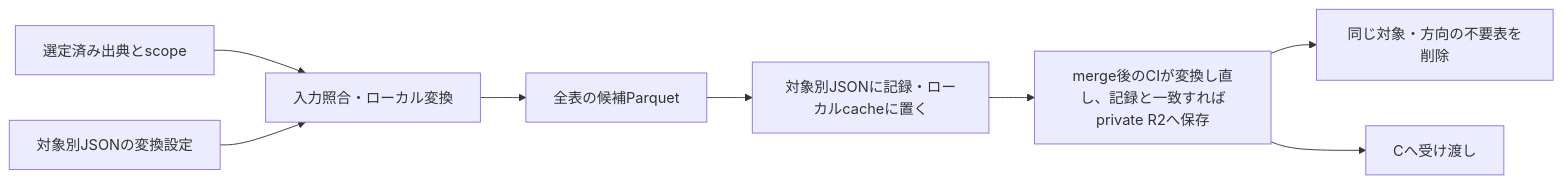
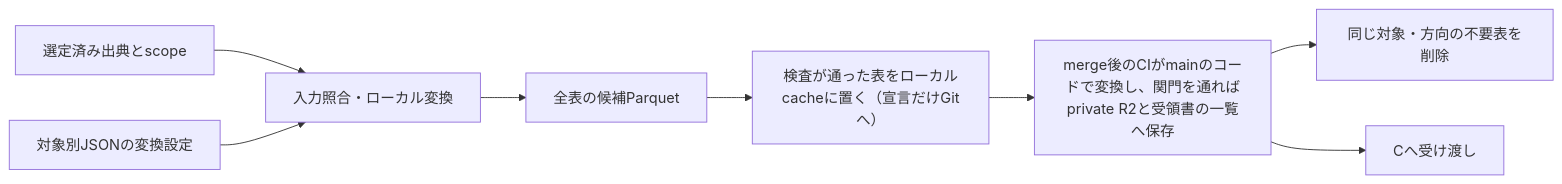
The diagram in docs/prd/ingestion-storage/dd.md (fudoki-hensansitu/fudoki), drawn with Mermaid before and after one commit. The commit also changed other lines of this file and 454 other files, not shown here.

````diff
--- a/docs/prd/ingestion-storage/dd.md
+++ b/docs/prd/ingestion-storage/dd.md
@@ -28,10 +28,10 @@
 ```mermaid
 flowchart LR
   A[選定済み出典とscope] --> B[入力照合・ローカル変換]
   J[対象別JSONの変換設定] --> B
   B --> P[全表の候補Parquet]
-  P --> M[対象別JSONに記録・ローカルcacheに置く]
-  M --> S[merge後のCIが変換し直し、記録と一致すればprivate R2へ保存]
+  P --> M[検査が通った表をローカルcacheに置く（宣言だけGitへ）]
+  M --> S[merge後のCIがmainのコードで変換し、関門を通ればprivate R2と受領書の一覧へ保存]
   S --> D[同じ対象・方向の不要表を削除]
   S --> C[Cへ受け渡し]
 ```
````
